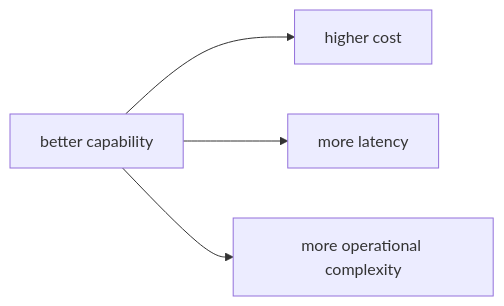
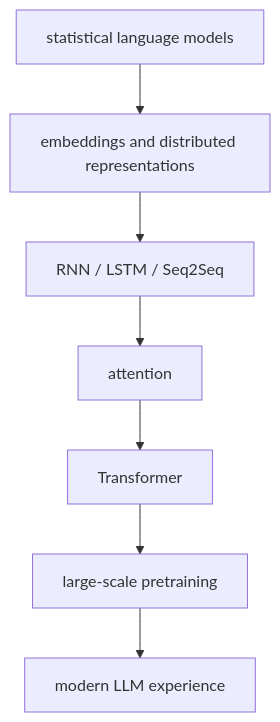
The diagram in docs/parts/part-05/chapter-18/section-01.md (devchan64/AiBook), drawn with Mermaid before and after one commit. The commit also changed other lines of this file and 47 other files, not shown here.

````diff
--- a/docs/parts/part-05/chapter-18/section-01.md
+++ b/docs/parts/part-05/chapter-18/section-01.md
@@ -165,11 +163,12 @@
 ```mermaid
-flowchart LR
-  A["better capability"]
-  B["higher cost"]
-  C["more latency"]
-  D["more operational complexity"]
+flowchart TD
+  A["statistical language models"]
+  B["embeddings and distributed representations"]
+  C["RNN / LSTM / Seq2Seq"]
+  D["attention"]
+  E["Transformer"]
+  F["large-scale pretraining"]
+  G["modern LLM experience"]
 
-  A --> B
-  A --> C
-  A --> D
+  A --> B --> C --> D --> E --> F --> G
 ```
````
